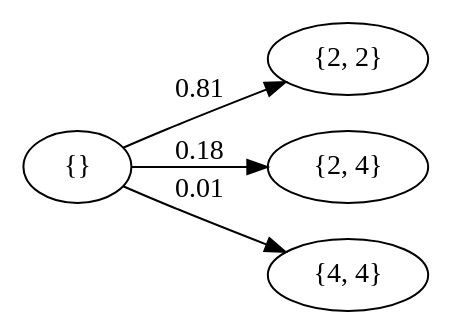
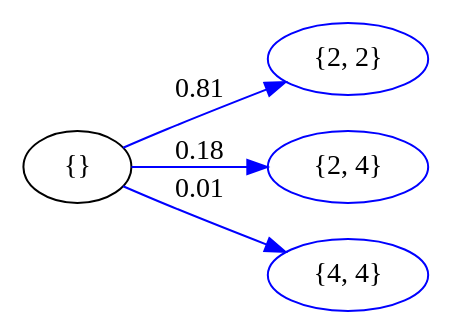
The diagram in assets/2048/markov_chain_0.dot (jdleesmiller/jdleesmiller.github.io), drawn with Graphviz before and after one commit. The commit also changed 5 other files, not shown here.

```diff
--- a/assets/2048/markov_chain_0.dot
+++ b/assets/2048/markov_chain_0.dot
@@ -1,10 +1,10 @@
 digraph {
   rankdir=LR;
   s_ [label="{}"];
-  s_2_2 [label="{2, 2}"];
-  s_2_4 [label="{2, 4}"];
-  s_4_4 [label="{4, 4}"];
-  s_ -> s_2_2 [label="0.81"]
-  s_ -> s_2_4 [label="0.18"]
-  s_ -> s_4_4 [label="0.01"]
+  s_2_2 [label="{2, 2}", color=blue];
+  s_2_4 [label="{2, 4}", color=blue];
+  s_4_4 [label="{4, 4}", color=blue];
+  s_ -> s_2_2 [label="0.81", color=blue]
+  s_ -> s_2_4 [label="0.18", color=blue]
+  s_ -> s_4_4 [label="0.01", color=blue]
 }
```
